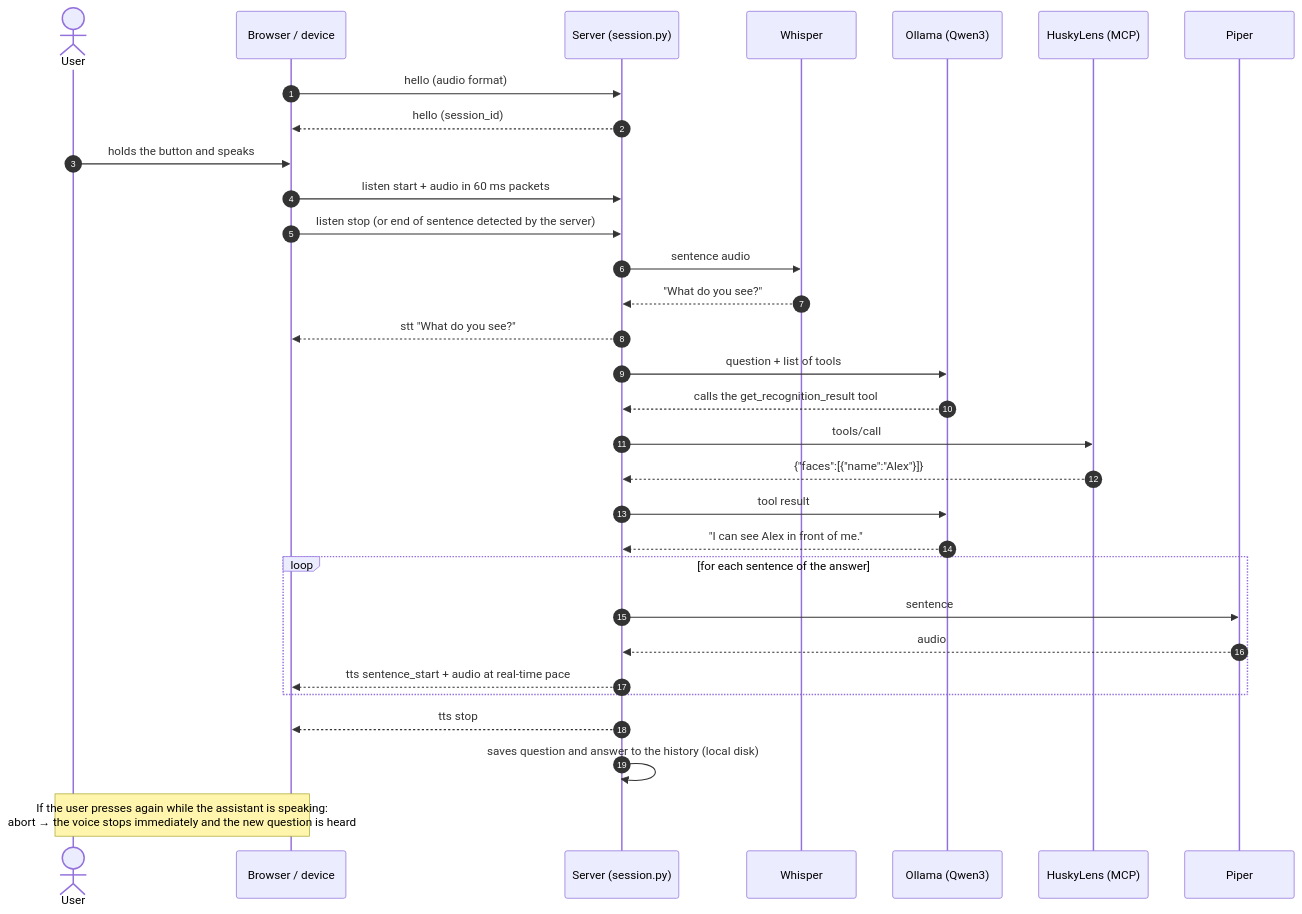
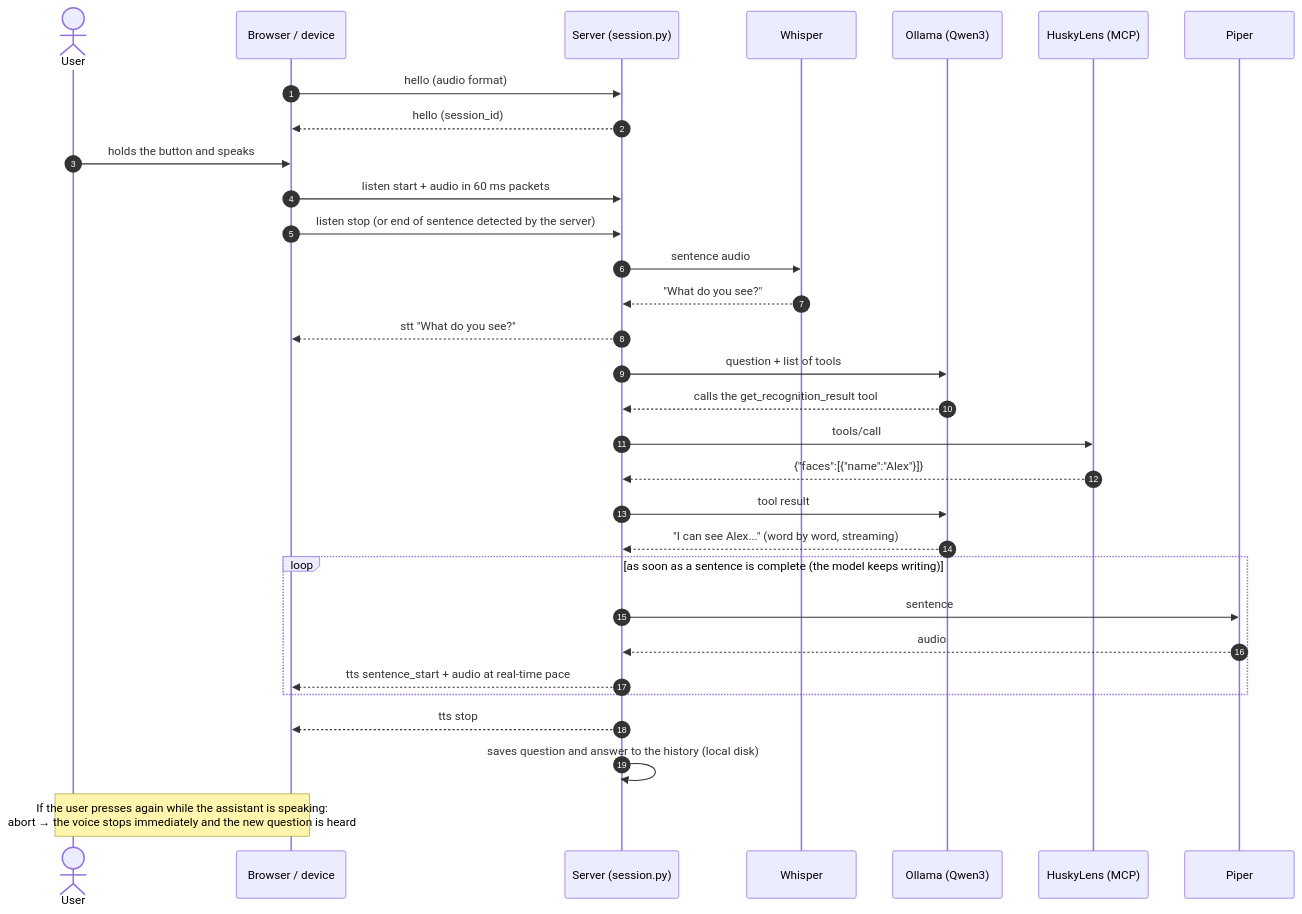
One commit to BitJacker/xiaozhi-local-server changed the second of 7 diagrams in docs/ARCHITECTURE.md. Above: the diagram before and after it, drawn with Mermaid. The commit also changed other lines of this file and 15 other files, not shown here.

````diff
--- a/docs/ARCHITECTURE.md
+++ b/docs/ARCHITECTURE.md
@@ -67,34 +74,34 @@
 ```mermaid
 sequenceDiagram
     autonumber
     actor U as User
     participant C as Browser / device
     participant S as Server (session.py)
     participant W as Whisper
     participant O as Ollama (Qwen3)
     participant H as HuskyLens (MCP)
     participant P as Piper
 
     C->>S: hello (audio format)
     S-->>C: hello (session_id)
     U->>C: holds the button and speaks
     C->>S: listen start + audio in 60 ms packets
     C->>S: listen stop (or end of sentence detected by the server)
     S->>W: sentence audio
     W-->>S: "What do you see?"
     S-->>C: stt "What do you see?"
     S->>O: question + list of tools
     O-->>S: calls the get_recognition_result tool
     S->>H: tools/call
     H-->>S: {"faces":[{"name":"Alex"}]}
     S->>O: tool result
-    O-->>S: "I can see Alex in front of me."
-    loop for each sentence of the answer
+    O-->>S: "I can see Alex..." (word by word, streaming)
+    loop as soon as a sentence is complete (the model keeps writing)
         S->>P: sentence
         P-->>S: audio
         S-->>C: tts sentence_start + audio at real-time pace
     end
     S-->>C: tts stop
     S->>S: saves question and answer to the history (local disk)
     Note over U,C: If the user presses again while the assistant is speaking:<br/>abort → the voice stops immediately and the new question is heard
 ```
````
